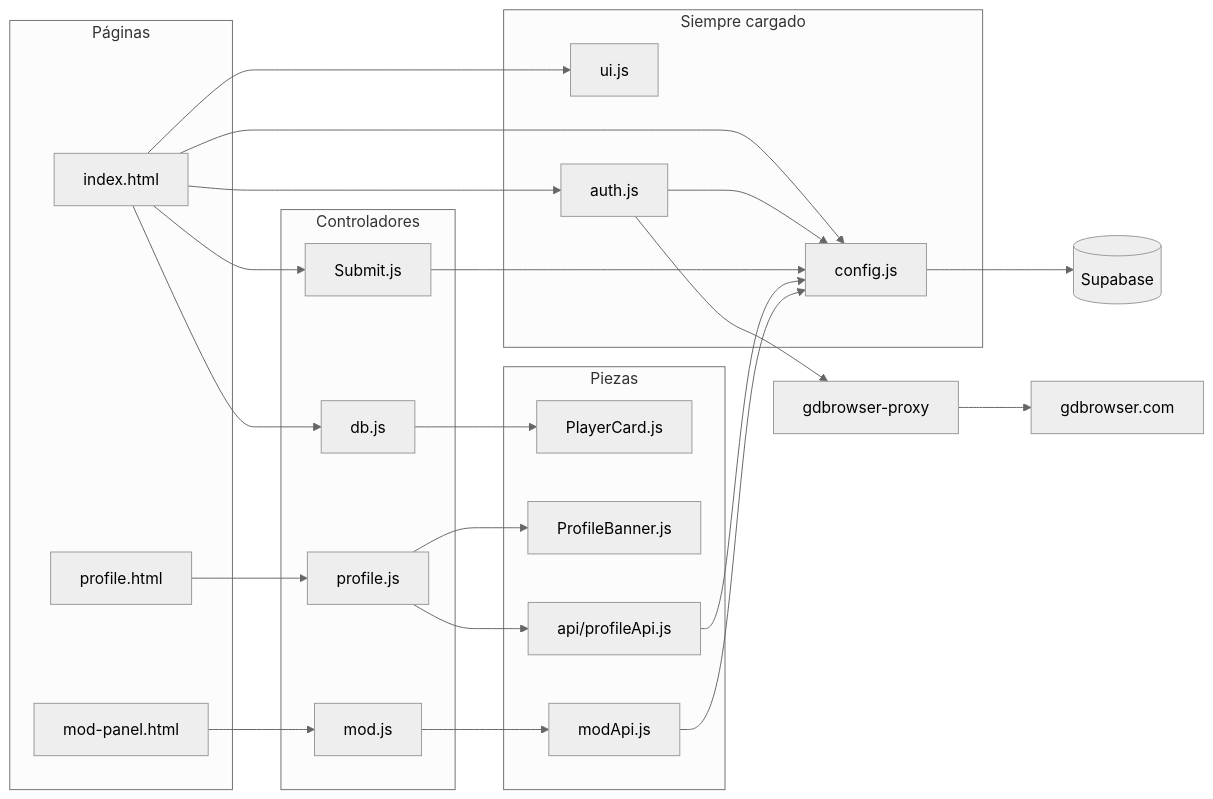
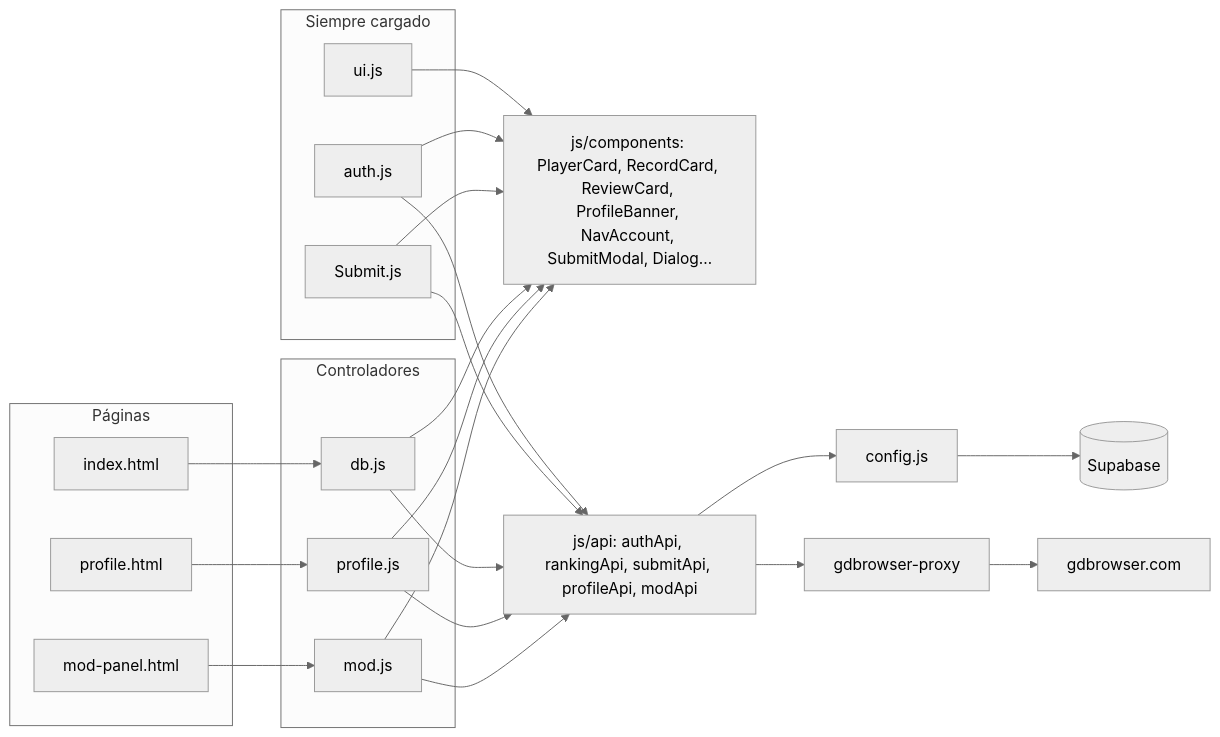
One commit to iRodama05/GDNC-List changed the first of 2 diagrams in README.md. Above: the diagram before and after it, drawn with Mermaid (neutral theme). The commit also changed other lines of this file and 43 other files, not shown here.

````diff
--- a/README.md
+++ b/README.md
@@ -25,49 +26,45 @@
 ```mermaid
 flowchart LR
     subgraph paginas [Páginas]
         Index[index.html]
         Perfil[profile.html]
         Mods[mod-panel.html]
     end
 
     subgraph compartido [Siempre cargado]
-        Config[config.js]
         UI[ui.js]
         Auth[auth.js]
+        Submit[Submit.js]
     end
 
     subgraph vistas [Controladores]
         DB[db.js]
-        Submit[Submit.js]
         Profile[profile.js]
         Mod[mod.js]
     end
 
-    subgraph piezas [Piezas]
-        Card[PlayerCard.js]
-        Banner[ProfileBanner.js]
-        ProfileApi[api/profileApi.js]
-        ModApi[modApi.js]
-    end
+    Componentes["js/components: PlayerCard, RecordCard, ReviewCard, ProfileBanner, NavAccount, SubmitModal, Dialog…"]
+    Apis["js/api: authApi, rankingApi, submitApi, profileApi, modApi"]
 
-    Index --> Config
-    Index --> UI
-    Index --> Auth
     Index --> DB
-    Index --> Submit
     Perfil --> Profile
     Mods --> Mod
 
-    DB --> Card
-    Profile --> Banner
-    Profile --> ProfileApi
-    Mod --> ModApi
-    Auth --> Config
-    Submit --> Config
-    ProfileApi --> Config
-    ModApi --> Config
+    UI --> Componentes
+    Auth --> Componentes
+    Submit --> Componentes
+    DB --> Componentes
+    Profile --> Componentes
+    Mod --> Componentes
 
+    Auth --> Apis
+    Submit --> Apis
+    DB --> Apis
+    Profile --> Apis
+    Mod --> Apis
+
+    Apis --> Config[config.js]
     Config --> Supabase[(Supabase)]
-    Auth --> Proxy[gdbrowser-proxy]
+    Apis --> Proxy[gdbrowser-proxy]
     Proxy --> GDBrowser[gdbrowser.com]
 ```
````
